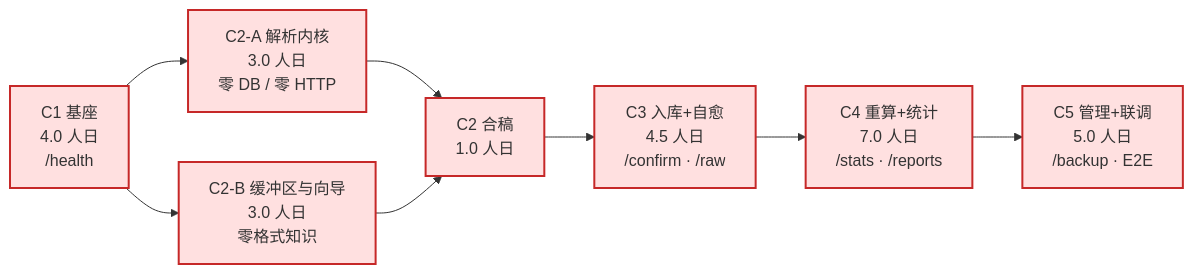
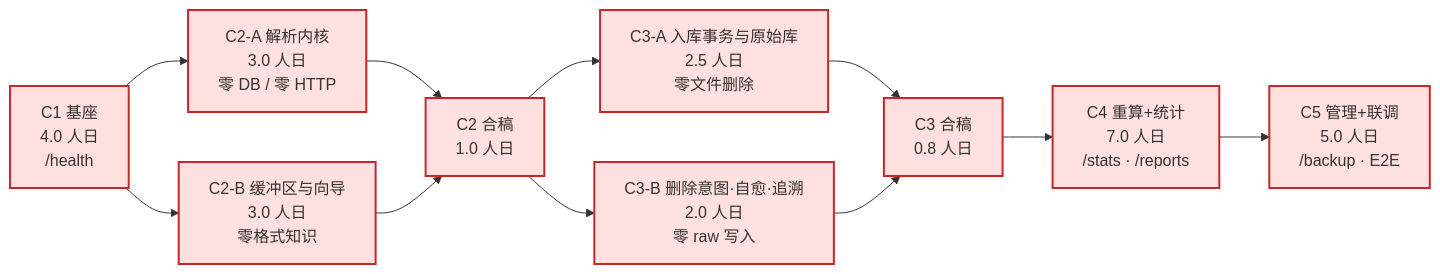
Before and after one commit to blow-prelude/account_dashboard: the diagram in docs/devel/README.md, drawn with Mermaid. The commit also changed other lines of this file and 6 other files, not shown here.

````diff
--- a/docs/devel/README.md
+++ b/docs/devel/README.md
@@ -29,13 +33,16 @@
 ```mermaid
 graph LR
     C1["C1 基座<br/>4.0 人日<br/>/health"] --> C2A["C2-A 解析内核<br/>3.0 人日<br/>零 DB / 零 HTTP"]
     C1 --> C2B["C2-B 缓冲区与向导<br/>3.0 人日<br/>零格式知识"]
     C2A --> C2M["C2 合稿<br/>1.0 人日"]
     C2B --> C2M
-    C2M --> C3["C3 入库+自愈<br/>4.5 人日<br/>/confirm · /raw"]
-    C3 --> C4["C4 重算+统计<br/>7.0 人日<br/>/stats · /reports"]
+    C2M --> C3A["C3-A 入库事务与原始库<br/>2.5 人日<br/>零文件删除"]
+    C2M --> C3B["C3-B 删除意图·自愈·追溯<br/>2.0 人日<br/>零 raw 写入"]
+    C3A --> C3M["C3 合稿<br/>0.8 人日"]
+    C3B --> C3M
+    C3M --> C4["C4 重算+统计<br/>7.0 人日<br/>/stats · /reports"]
     C4 --> C5["C5 管理+联调<br/>5.0 人日<br/>/backup · E2E"]
 
     classDef cp fill:#ffe0e0,stroke:#c62828,stroke-width:2px;
-    class C1,C2A,C2B,C2M,C3,C4,C5 cp;
+    class C1,C2A,C2B,C2M,C3A,C3B,C3M,C4,C5 cp;
 ```
````
